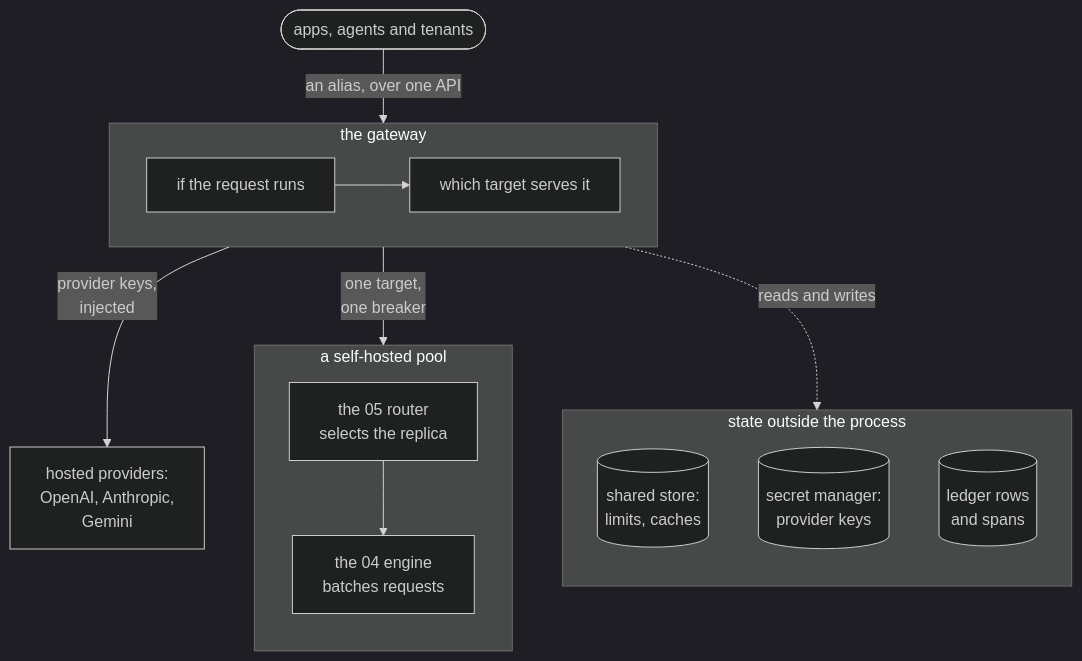
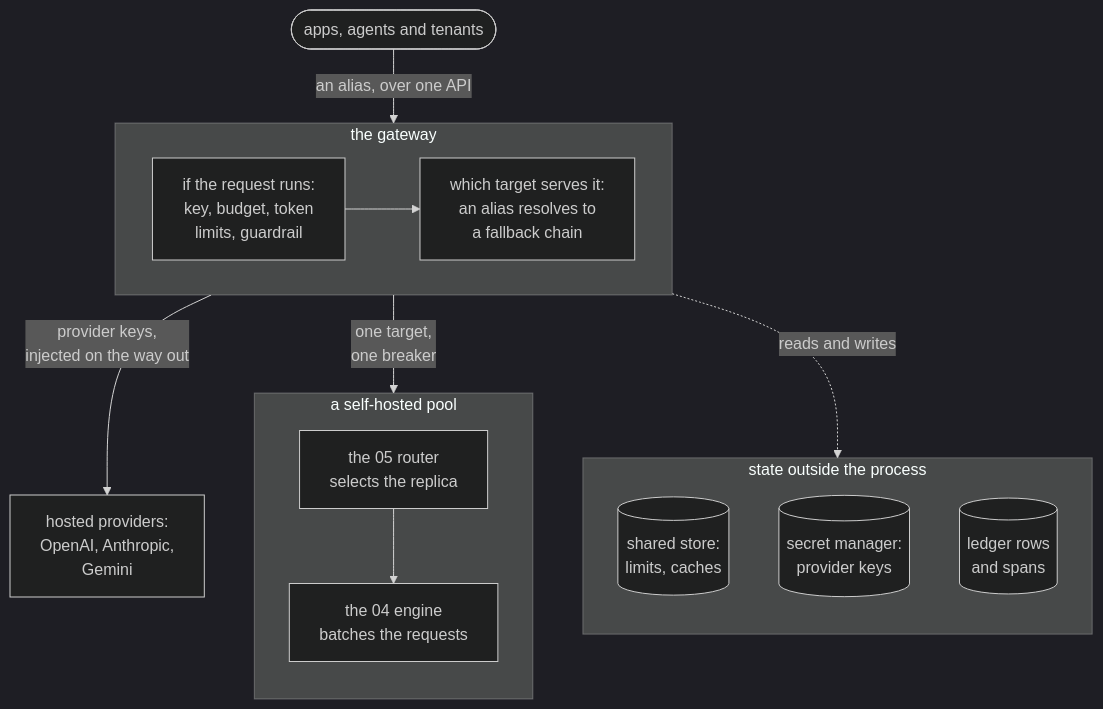
The first of 9 diagrams in 06-gateway/llm-gateway/PRIMER.md (aniryou/full-stack-agentic-engineer), drawn with Mermaid (dark theme) before and after one commit. The commit also changed other lines of this file and 340 other files, not shown here.

````diff
--- a/06-gateway/llm-gateway/PRIMER.md
+++ b/06-gateway/llm-gateway/PRIMER.md
@@ -49,21 +49,21 @@
 ```mermaid
 flowchart TB
     APPS(["apps, agents and tenants"]) -- "an alias, over one API" --> GW
     subgraph GW["the gateway"]
         direction LR
-        IF["if the request runs"] --> WHICH["which target serves it"]
+        IF["if the request runs:<br/>key, budget, token<br/>limits, guardrail"] --> WHICH["which target serves it:<br/>an alias resolves to<br/>a fallback chain"]
     end
-    GW -- "provider keys,<br/>injected" --> HOSTED["hosted providers:<br/>OpenAI, Anthropic,<br/>Gemini"]
+    GW -- "provider keys,<br/>injected on the way out" --> HOSTED["hosted providers:<br/>OpenAI, Anthropic,<br/>Gemini"]
     GW -- "one target,<br/>one breaker" --> POOL
     subgraph POOL["a self-hosted pool"]
         direction TB
-        RTR["the 05 router<br/>selects the replica"] --> ENG["the 04 engine<br/>batches requests"]
+        RTR["the 05 router<br/>selects the replica"] --> ENG["the 04 engine<br/>batches the requests"]
     end
     GW -. "reads and writes" .-> STATE
     subgraph STATE["state outside the process"]
         direction TB
         STORE[("shared store:<br/>limits, caches")]
         SECRETS[("secret manager:<br/>provider keys")]
         LEDGER[("ledger rows<br/>and spans")]
     end
 ```
````
